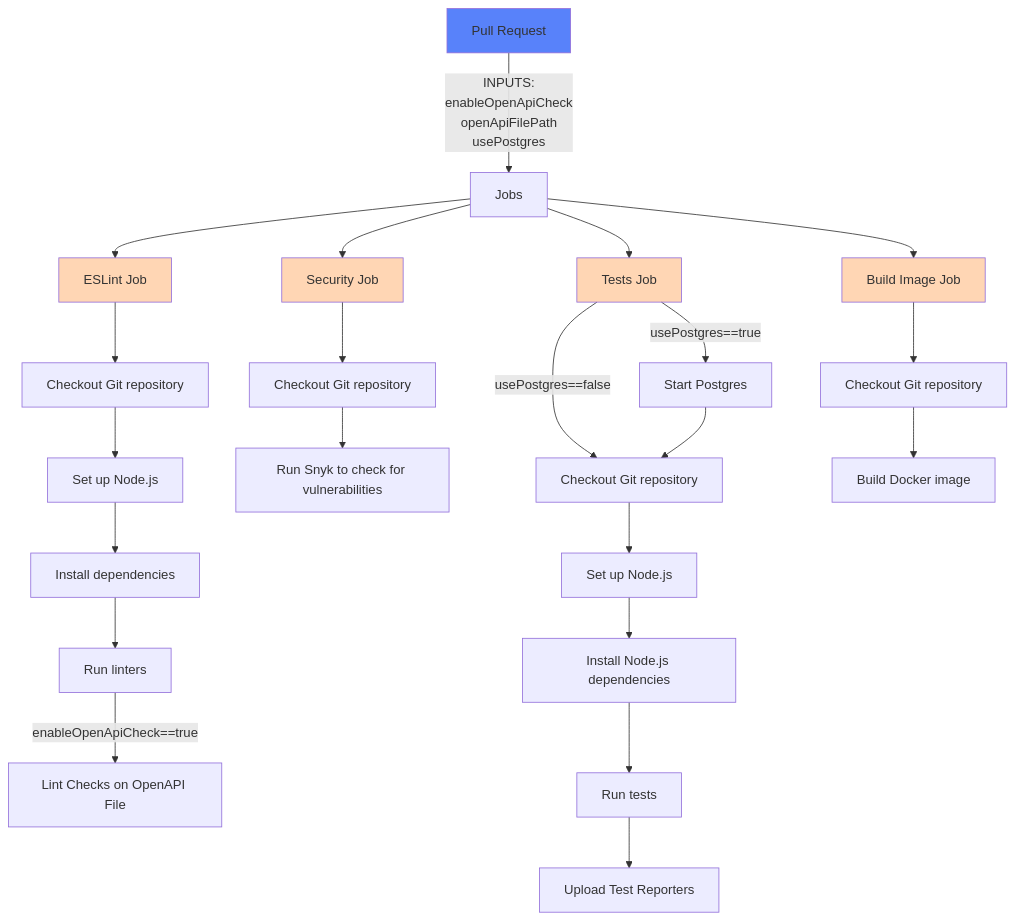
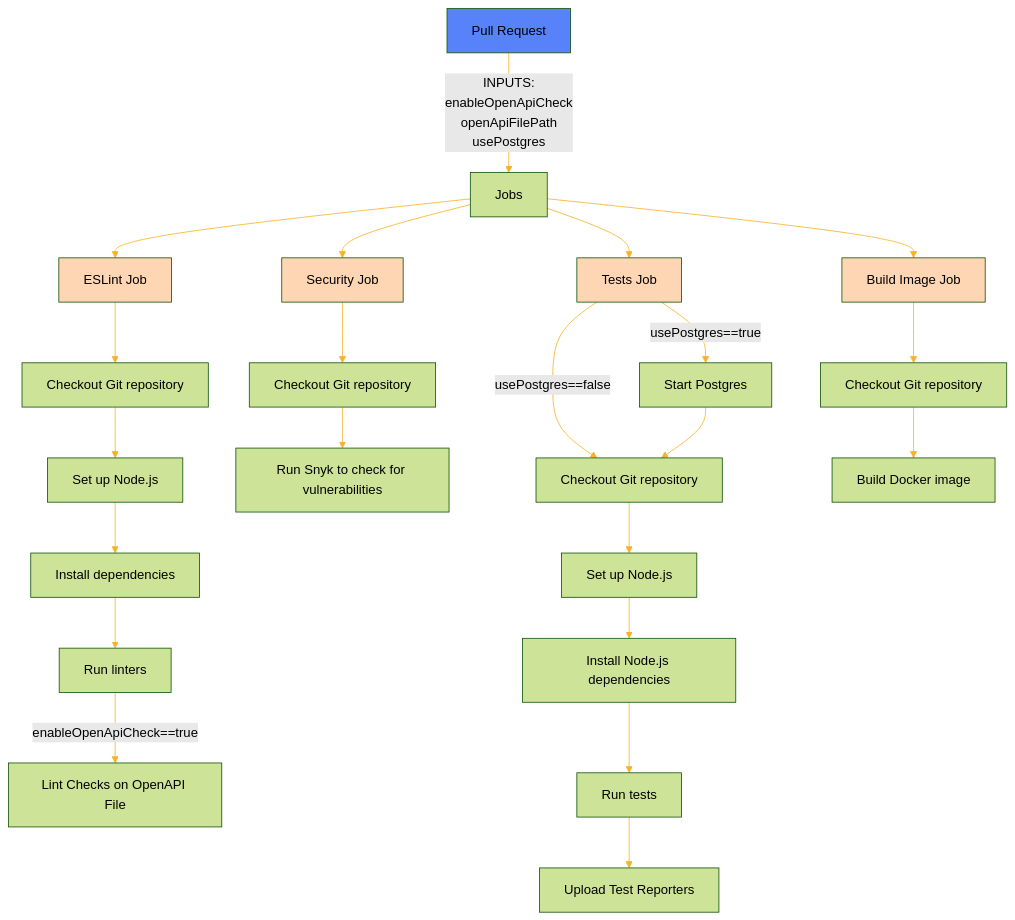
Before and after one commit to MapColonies/shared-workflows: the third of 5 diagrams in README.md, drawn with Mermaid. The commit also changed other lines of this file, not shown here.

Commit message:
style: visualize diagrams

````diff
--- a/README.md
+++ b/README.md
@@ -62,26 +78,34 @@
 ```mermaid
+%%{
+  init: {
+    'theme': 'forest',
+    'themeVariables': {
+      'lineColor': '#F8B229'
+    }
+  }
+}%%
 flowchart TD
     classDef parent fill:#f946
     classDef head fill:#5882FA
     A[Pull Request]:::head -->|INPUTS: \n enableOpenApiCheck \n openApiFilePath \n usePostgres| B[Jobs]
     B --> C[ESLint Job]:::parent
     C --> D[Checkout Git repository]
     D --> E[Set up Node.js]
     E --> F[Install dependencies]
     F --> G[Run linters]
     G -->|enableOpenApiCheck==true| H[Lint Checks on OpenAPI File]
     B --> I[Security Job]:::parent
     I --> J[Checkout Git repository]
     J --> K[Run Snyk to check for vulnerabilities]
     B --> L[Tests Job]:::parent
     L -->|usePostgres==true| N[Start Postgres]
     L -->|usePostgres==false| O[Checkout Git repository]
     N --> O
     O --> P[Set up Node.js]
     P --> Q[Install Node.js dependencies]
     Q --> R[Run tests]
     R --> S[Upload Test Reporters]
     B --> T[Build Image Job]:::parent
     T --> U[Checkout Git repository]
     U --> V[Build Docker image]
 ```
````
